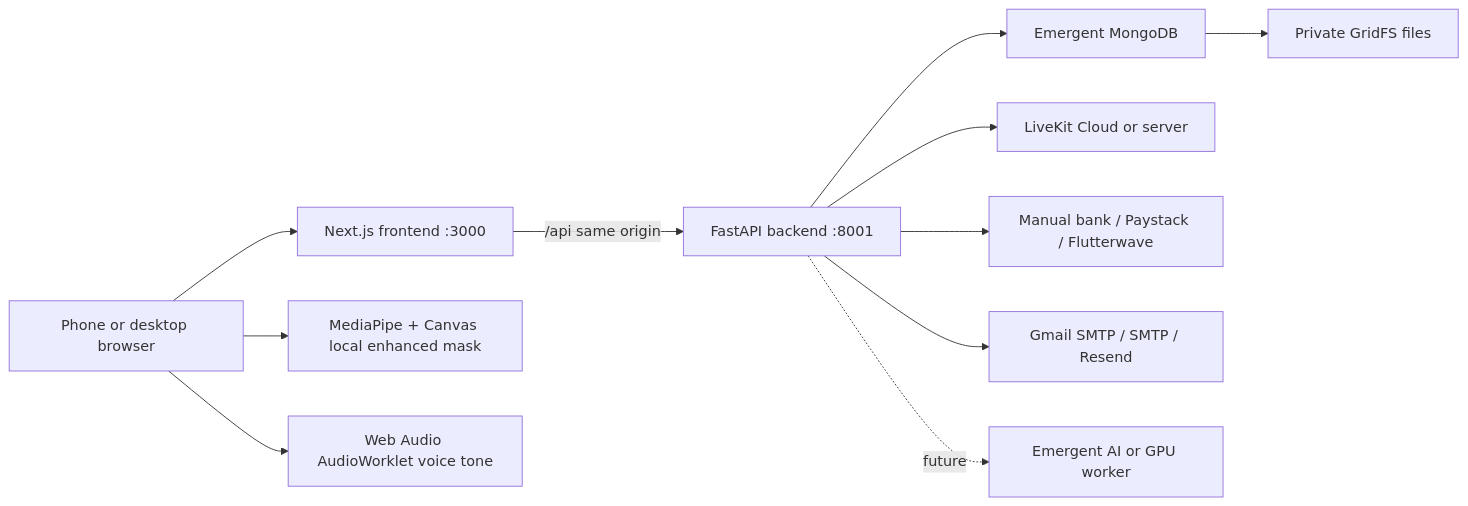
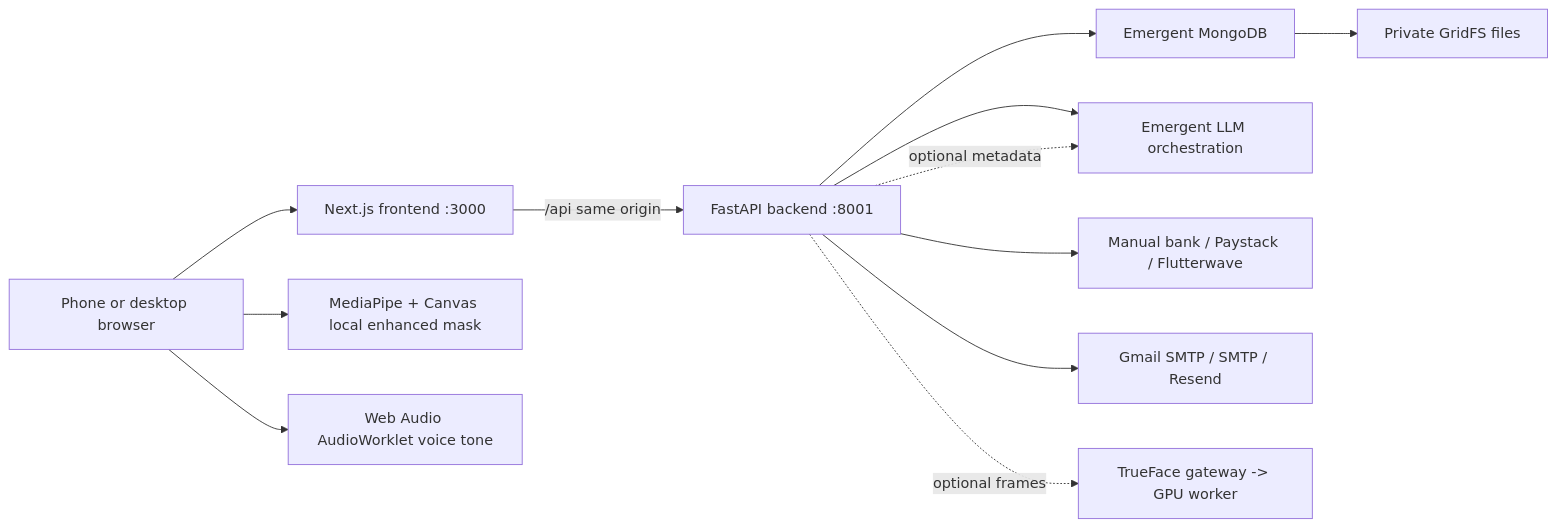
Before and after one commit to Lamarrsdrip/TRUEFACE-CALLS: the diagram in docs/audit/ARCHITECTURE.md, drawn with Mermaid. The commit also changed 29 other files, not shown here.

Commit message:
feat: add local-first GPU face inference gateway

````diff
--- a/docs/audit/ARCHITECTURE.md
+++ b/docs/audit/ARCHITECTURE.md
@@ -3,13 +3,14 @@
 ```mermaid
 flowchart LR
   B["Phone or desktop browser"] --> N["Next.js frontend :3000"]
   N -->|"/api same origin"| F["FastAPI backend :8001"]
   F --> M["Emergent MongoDB"]
   M --> G["Private GridFS files"]
   F --> L["LiveKit Cloud or server"]
   F --> P["Manual bank / Paystack / Flutterwave"]
   F --> E["Gmail SMTP / SMTP / Resend"]
   B --> A["MediaPipe + Canvas local enhanced mask"]
   B --> V["Web Audio AudioWorklet voice tone"]
-  F -. future .-> C["Emergent AI or GPU worker"]
+  F -. optional metadata .-> L["Emergent LLM orchestration"]
+  F -. optional frames .-> C["TrueFace gateway -> GPU worker"]
 ```
````
